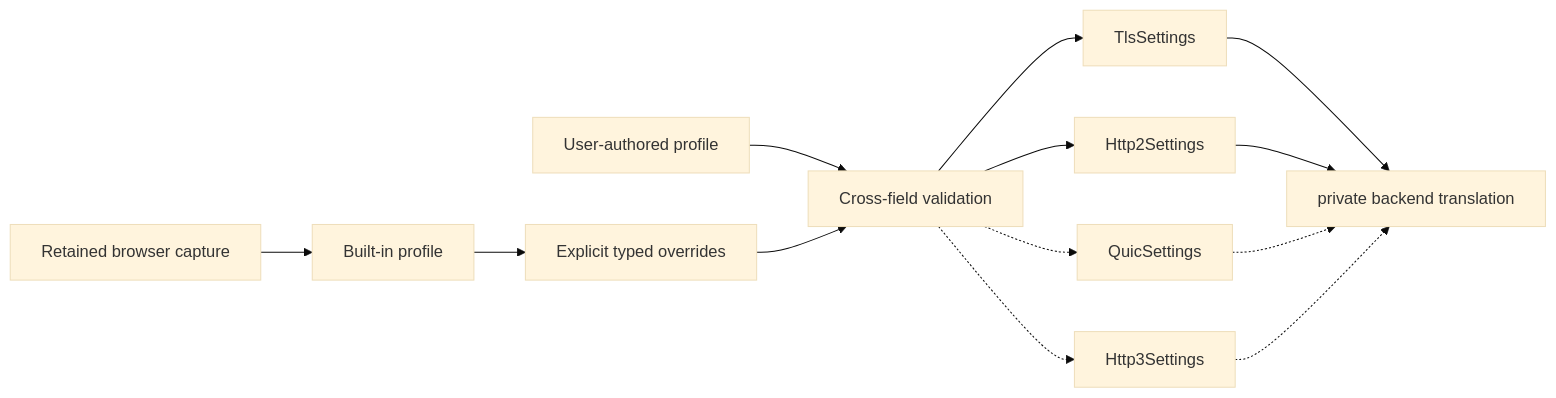
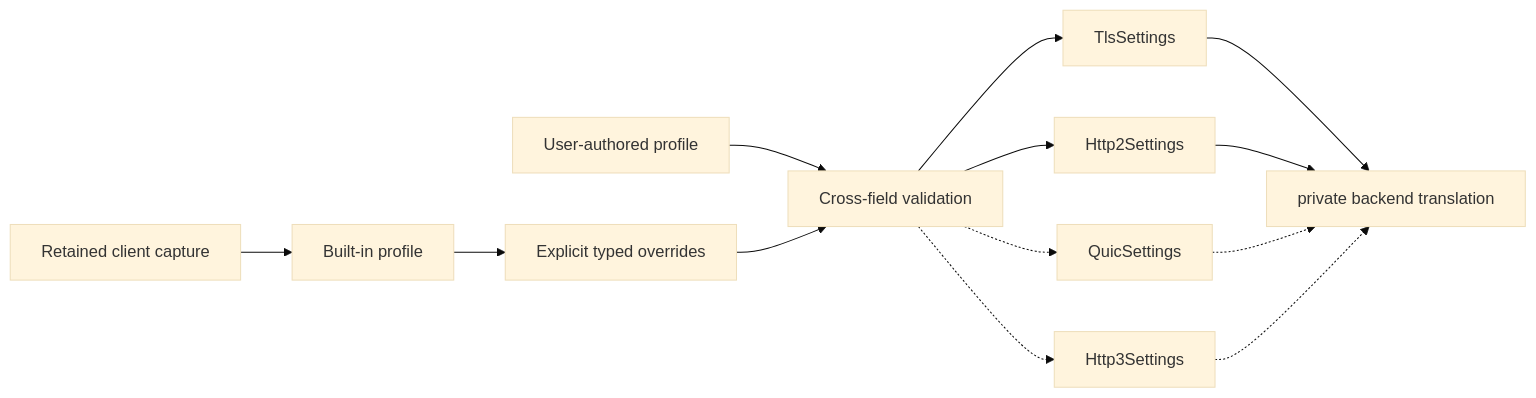
The second of 3 diagrams in docs/architecture.md (bywayhq/phantom), drawn with Mermaid (base theme) before and after one commit. The commit also changed other lines of this file and 6 other files, not shown here.

Commit message:
refactor(profile): generalize client identity

````diff
--- a/docs/architecture.md
+++ b/docs/architecture.md
@@ -88,16 +88,16 @@
 ```mermaid
 flowchart LR
-    Capture["Retained browser capture"] --> BuiltIn["Built-in profile"]
+    Capture["Retained client capture"] --> BuiltIn["Built-in profile"]
     Custom["User-authored profile"] --> Validate
     BuiltIn --> Override["Explicit typed overrides"]
     Override --> Validate["Cross-field validation"]
     Validate --> TLS["TlsSettings"]
     Validate --> H2["Http2Settings"]
     Validate -.-> QUIC["QuicSettings"]
     Validate -.-> H3["Http3Settings"]
 
     TLS --> Backend["private backend translation"]
     H2 --> Backend
     QUIC -.-> Backend
     H3 -.-> Backend
 ```
````
